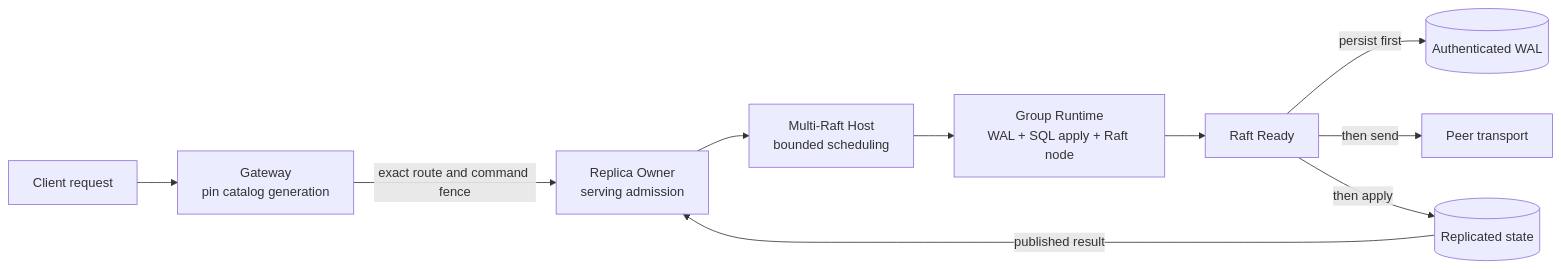
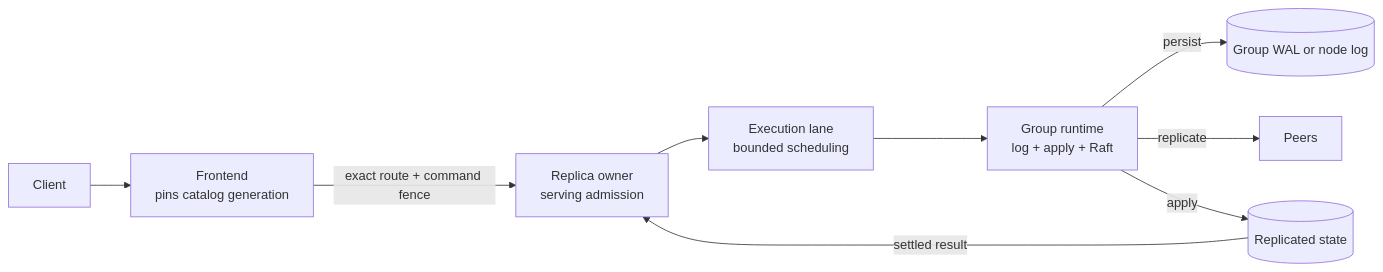
The diagram in docs/operations/distributed.md (thesyncim/vibedb), drawn with Mermaid before and after one commit. The commit also changed other lines of this file and 80 other files, not shown here.

````diff
--- a/docs/operations/distributed.md
+++ b/docs/operations/distributed.md
@@ -31,12 +32,11 @@
 ```mermaid
 flowchart LR
-    C[Client request] --> G["Gateway<br/>pin catalog generation"]
-    G -->|exact route and command fence| O["Replica Owner<br/>serving admission"]
-    O --> H["Multi-Raft Host<br/>bounded scheduling"]
-    H --> R["Group Runtime<br/>WAL + SQL apply + Raft node"]
-    R --> N[Raft Ready]
-    N -->|persist first| W[(Authenticated WAL)]
-    N -->|then send| P[Peer transport]
-    N -->|then apply| M[(Replicated state)]
-    M -->|published result| O
+    C[Client] --> F["Frontend<br/>pins catalog generation"]
+    F -->|exact route + command fence| O["Replica owner<br/>serving admission"]
+    O --> H["Execution lane<br/>bounded scheduling"]
+    H --> R["Group runtime<br/>log + apply + Raft"]
+    R -->|persist| W[(Group WAL or node log)]
+    R -->|replicate| P[Peers]
+    R -->|apply| M[(Replicated state)]
+    M -->|settled result| O
 ```
````
